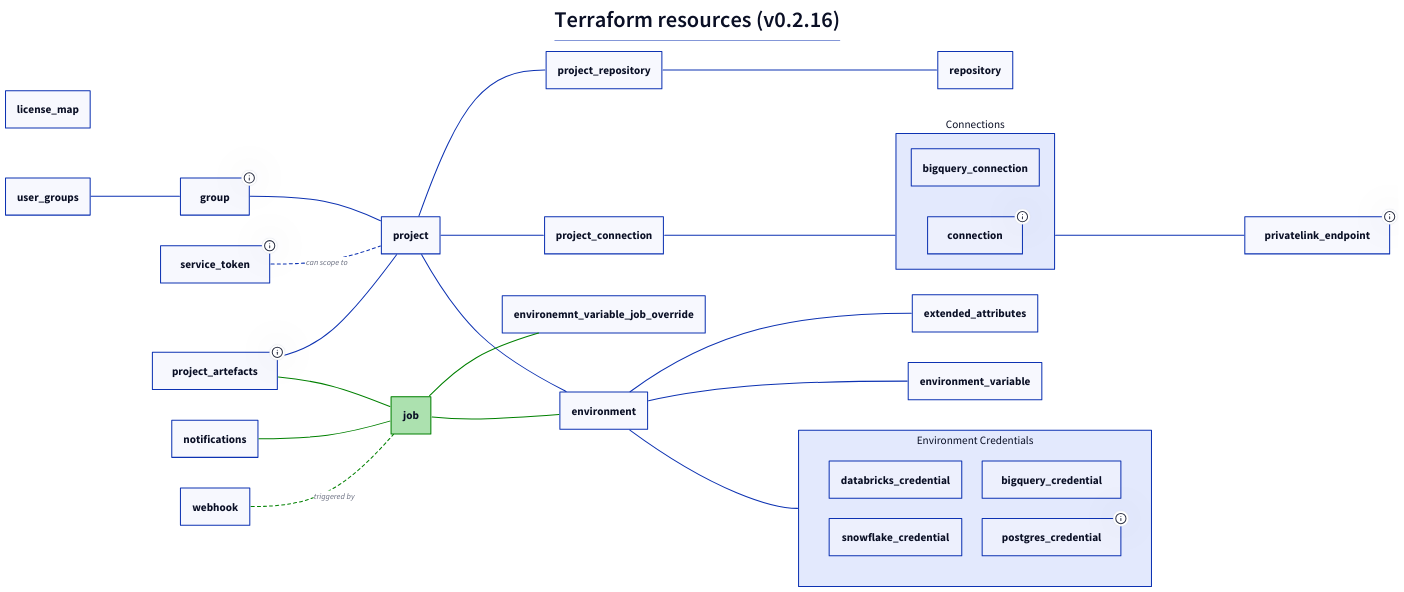
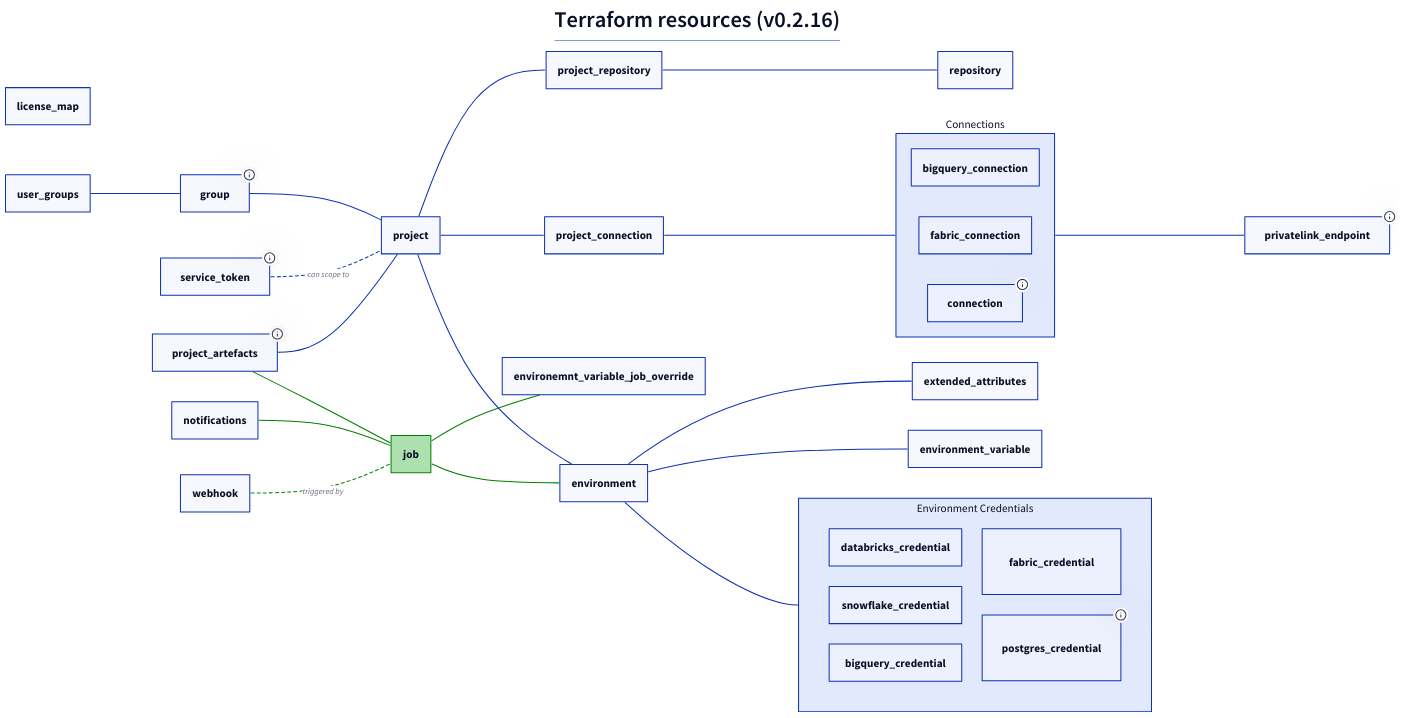
One commit to dbt-labs/terraform-provider-dbtcloud changed the diagram in terraform_resources.d2. Above: the diagram before and after it, drawn with D2. The commit also changed 15 other files, not shown here.

```diff
--- a/terraform_resources.d2
+++ b/terraform_resources.d2
@@ -1,66 +1,68 @@
 *.style.font-size: 22
 *.*.style.font-size: 22
 
 title: |md
   # Terraform resources (v0.2.16)
 | {near: top-center}
 
 direction: right
 
 
 license_map
 
 privatelink_endpoint: {tooltip: Datasource only}
 group: {tooltip: Group permissions as well}
 service_token: {tooltip: Permissions as well}
 project_artefacts: {tooltip: For setting the project docs and source freshness}
 job: {
   style: {
     fill: "#ACE1AF"
     stroke: green
   }
 }
 
 conns: Connections {
   bigquery_connection
+  fabric_connection
   connection: {tooltip: Works for Snowflake, Redshift, Postgres and Databricks}
 }
 
 env_creds: Environment Credentials {
   grid-columns: 2
   databricks_credential
   snowflake_credential
   bigquery_credential
+  fabric_credential
   postgres_credential: {tooltip: Is used for Redshift as well}
 }
 
 service_token -- project: can scope to {
   style: {
     stroke-dash: 3
   }
 }
 group -- project
 user_groups -- group
 project -- environment
 job -- environment
 job -- environemnt_variable_job_override
 notifications -- job
 project_artefacts -- job
 
 project_artefacts -- project
 webhook -- job: triggered by {
   style: {
     stroke-dash: 3
   }
 }
 environment -- env_creds
 project -- project_connection
 project_connection -- conns
 conns -- privatelink_endpoint
 project -- project_repository
 project_repository -- repository
 environment -- environment_variable
 environment -- extended_attributes
 
 (job -- *)[*].style.stroke: green
 (* -- job)[*].style.stroke: green
```
